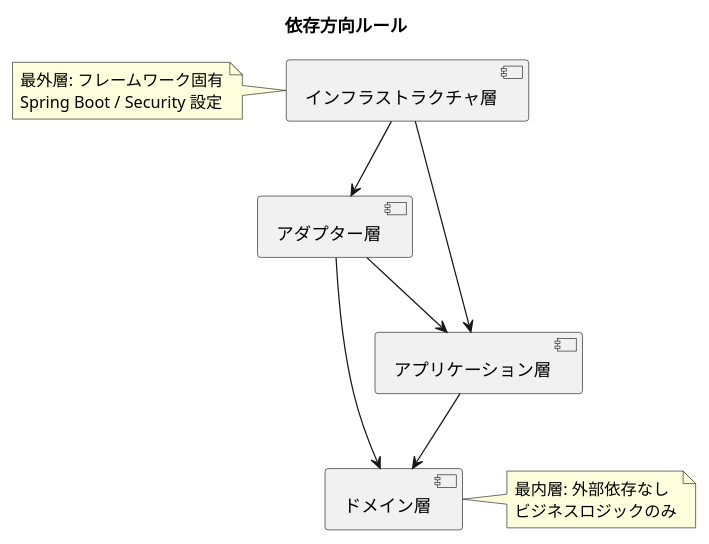
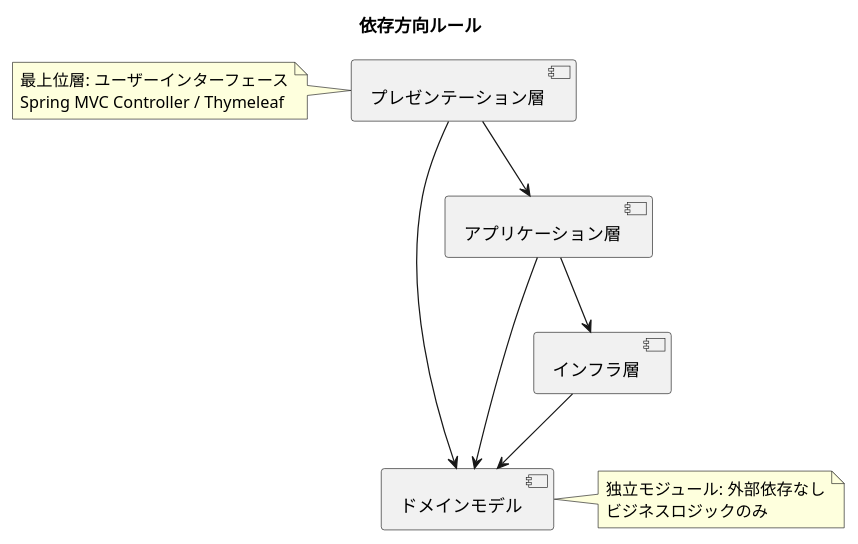
The third of 3 diagrams in docs/design/architecture_design.md (k2works/case-study-bouquet), drawn with PlantUML before and after one commit. The commit also changed other lines of this file and 3 other files, not shown here.

````diff
--- a/docs/design/architecture_design.md
+++ b/docs/design/architecture_design.md
@@ -228,27 +194,27 @@
 ```plantuml
 @startuml
 title 依存方向ルール
 
-component [インフラストラクチャ層] as infra
-component [アダプター層] as adapter
+component [プレゼンテーション層] as presentation
 component [アプリケーション層] as app
-component [ドメイン層] as domain
+component [インフラ層] as infra
+component [ドメインモデル] as domain
 
-infra --> adapter
-infra --> app
-adapter --> app
-adapter --> domain
+presentation --> app
+app --> infra
+presentation --> domain
 app --> domain
+infra --> domain
 
 note right of domain
-  最内層: 外部依存なし
+  独立モジュール: 外部依存なし
   ビジネスロジックのみ
 end note
 
-note left of infra
-  最外層: フレームワーク固有
-  Spring Boot / Security 設定
+note left of presentation
+  最上位層: ユーザーインターフェース
+  Spring MVC Controller / Thymeleaf
 end note
 
 @enduml
 ```
````
